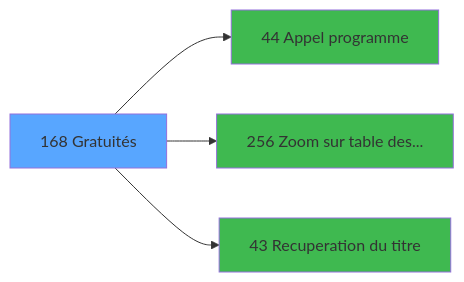
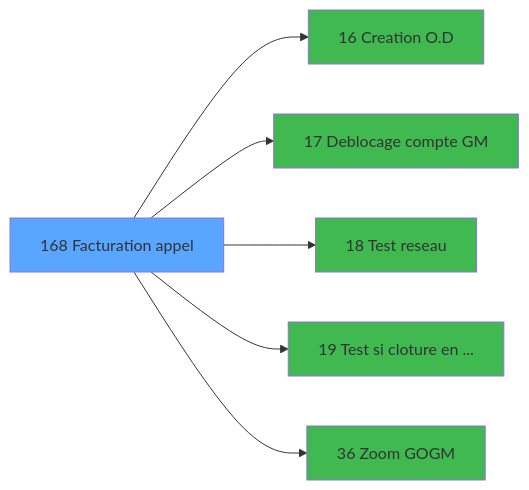
One commit to thonyAGP/magic-migration changed the third of 3 diagrams in .openspec/specs/ADH-IDE-168.md. Above: the diagram before and after it, drawn with Mermaid. The commit also changed other lines of this file and 311 other files, not shown here.

````diff
--- a/.openspec/specs/ADH-IDE-168.md
+++ b/.openspec/specs/ADH-IDE-168.md
@@ -1340,14 +389,20 @@
 ```mermaid
 graph LR
-    T168[168 Gratuités]
+    T168[168 Facturation appel]
     style T168 fill:#58a6ff
-    C44[44 Appel programme]
-    T168 --> C44
-    style C44 fill:#3fb950
-    C256[256 Zoom sur table des...]
-    T168 --> C256
-    style C256 fill:#3fb950
-    C43[43 Recuperation du titre]
-    T168 --> C43
-    style C43 fill:#3fb950
+    C16[16 Creation O.D]
+    T168 --> C16
+    style C16 fill:#3fb950
+    C17[17 Deblocage compte GM]
+    T168 --> C17
+    style C17 fill:#3fb950
+    C18[18 Test reseau]
+    T168 --> C18
+    style C18 fill:#3fb950
+    C19[19 Test si cloture en ...]
+    T168 --> C19
+    style C19 fill:#3fb950
+    C36[36 Zoom GOGM]
+    T168 --> C36
+    style C36 fill:#3fb950
 ```
````
